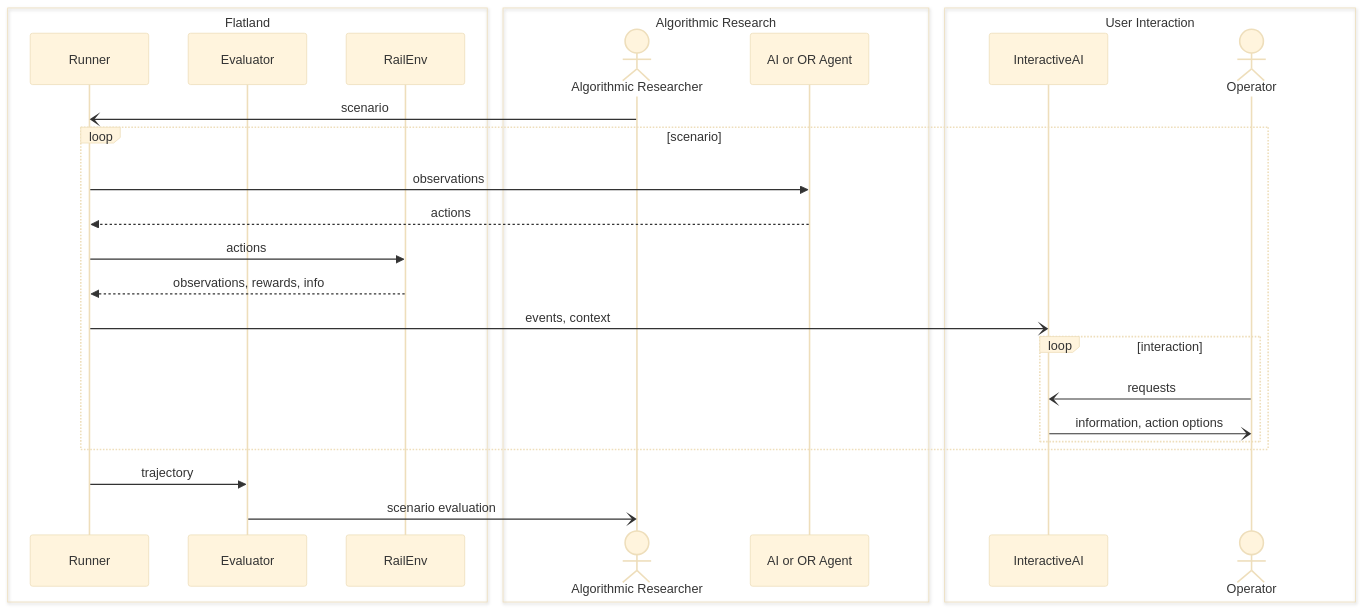
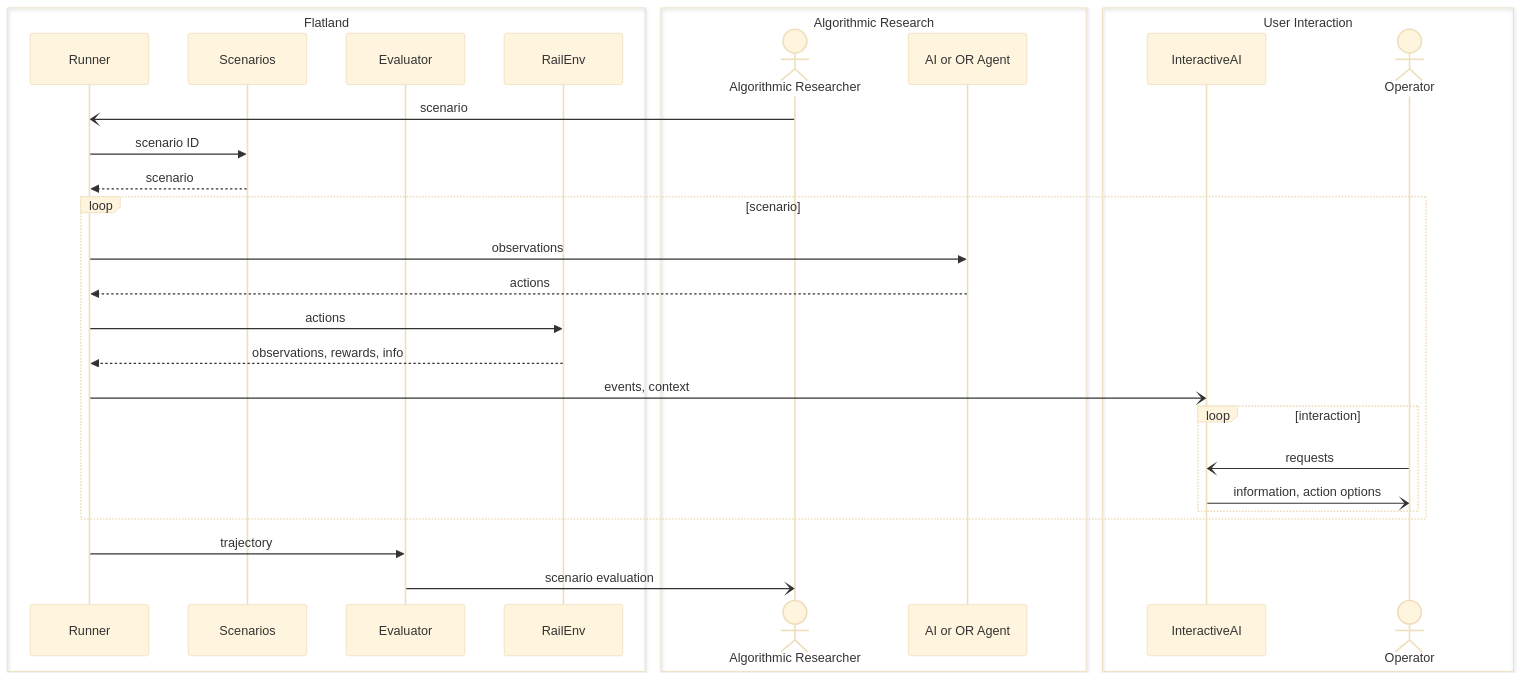
One commit to flatland-association/flatland-book changed the second of 5 diagrams in key-concepts/key_concepts.md. Above: the diagram before and after it, drawn with Mermaid (base theme). The commit also changed other lines of this file and 1 other file, not shown here.

Commit message:
Add scenario DB/repository.

````diff
--- a/key-concepts/key_concepts.md
+++ b/key-concepts/key_concepts.md
@@ -43,43 +47,46 @@
 ```mermaid
 sequenceDiagram
-    
     participant Runner
+    participant Scenarios
     participant Evaluator
     participant RailEnv
     actor Algorithmic Researcher
     participant AI or OR Agent
     participant InteractiveAI
     actor Operator
 
     box Flatland
         participant Runner
         participant Evaluator
         participant RailEnv
+        participant Scenarios
     end
 
     box Algorithmic Research
         participant Algorithmic Researcher
         participant AI or OR Agent
     end
 
     box User Interaction
         participant InteractiveAI
         participant Operator
     end
 
     Algorithmic Researcher -) Runner: scenario
+    Runner ->> Scenarios: scenario ID
+    Scenarios -->> Runner: scenario
     loop scenario
         Runner ->> AI or OR Agent: observations
         AI or OR Agent -->> Runner: actions
         Runner ->> RailEnv: actions
         RailEnv -->> Runner: observations, rewards, info
         Runner -) InteractiveAI: events, context
         loop interaction
             Operator -) InteractiveAI: requests
             InteractiveAI -) Operator: information, action options
         end
     end
 
     Runner ->> Evaluator: trajectory
     Evaluator -) Algorithmic Researcher: scenario evaluation
 ```
````
